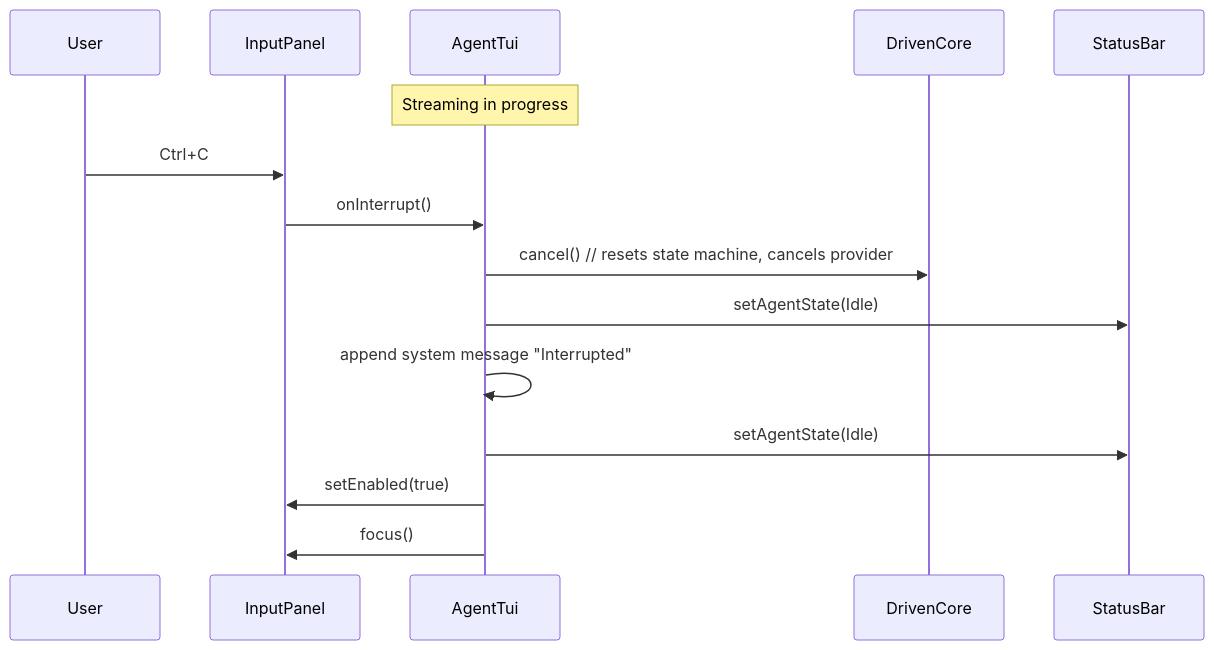
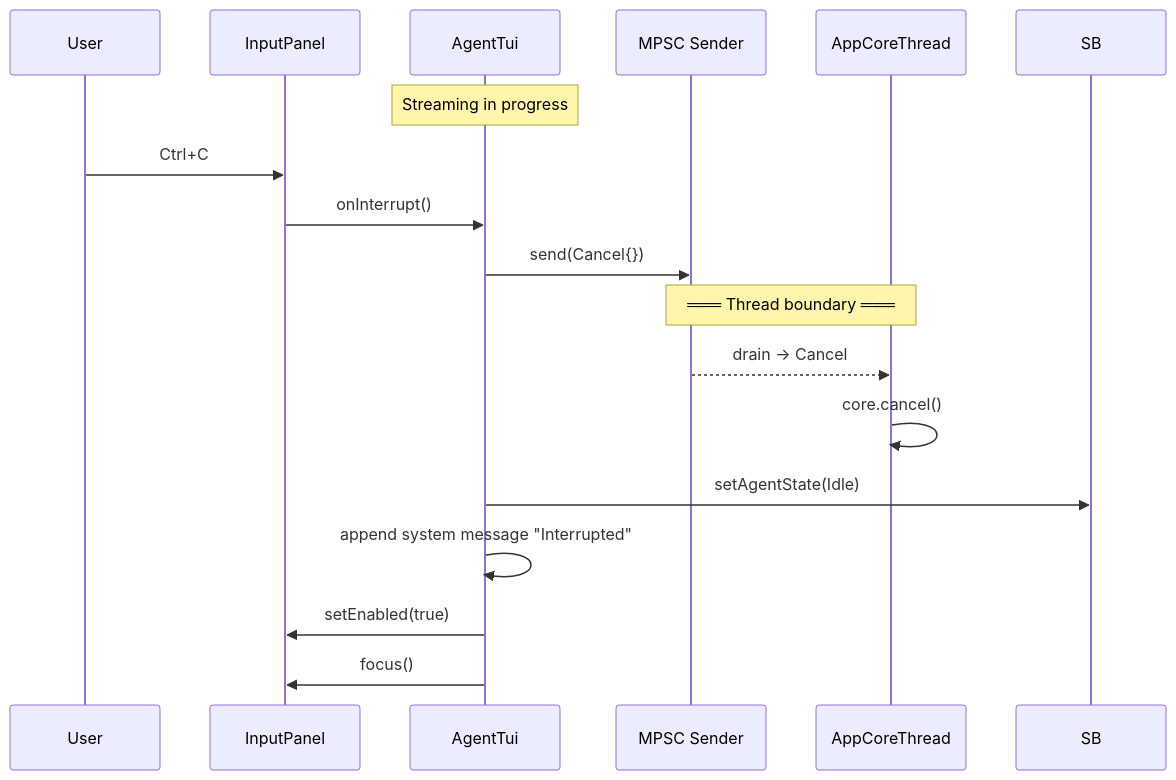
One commit to opensassi/a0 changed the fourth of 6 diagrams in src/tui/technical-specification.md. Above: the diagram before and after it, drawn with Mermaid. The commit also changed other lines of this file and 35 other files, not shown here.

Commit message:
2026-06-05-tui-architecture-overhaul-16705130bffeF9iQwbEtbGaR32

````diff
--- a/src/tui/technical-specification.md
+++ b/src/tui/technical-specification.md
@@ -676,19 +710,24 @@
 ```mermaid
 sequenceDiagram
     participant User
     participant IP as InputPanel
     participant AT as AgentTui
-    participant DC as DrivenCore
-    participant SB as StatusBar
+    participant CMD as MPSC Sender
+    participant ACT as AppCoreThread
 
     Note over AT: Streaming in progress
 
     User->>IP: Ctrl+C
     IP->>AT: onInterrupt()
-    AT->>DC: cancel()     // resets state machine, cancels provider
+    AT->>CMD: send(Cancel{})
+
+    Note over CMD,ACT: ═══ Thread boundary ═══
+
+    CMD-->>ACT: drain → Cancel
+    ACT->>ACT: core.cancel()
+
     AT->>SB: setAgentState(Idle)
     AT->>AT: append system message "Interrupted"
-    AT->>SB: setAgentState(Idle)
     AT->>IP: setEnabled(true)
     AT->>IP: focus()
 ```
````
